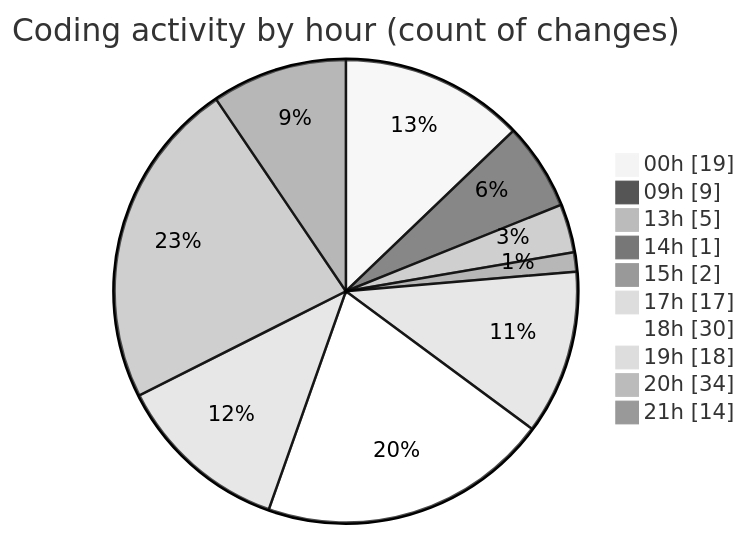
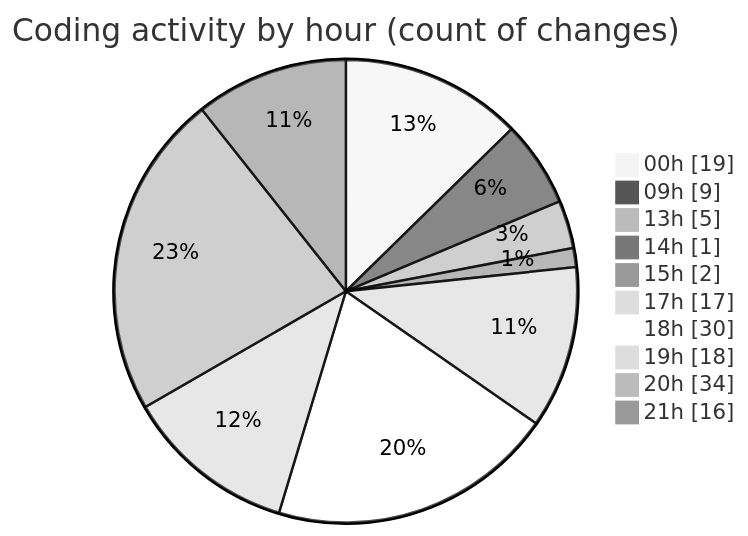
The second of 2 diagrams in 2025-08-12/ribbon/README.md (EIIisD/code-tracking), drawn with Mermaid (neutral theme) before and after one commit. The commit also changed other lines of this file and 1 other file, not shown here.

````diff
--- a/2025-08-12/ribbon/README.md
+++ b/2025-08-12/ribbon/README.md
@@ -54,14 +54,14 @@
 ```mermaid
 pie showData
 title Coding activity by hour (count of changes)
 "00h" : 19
 "09h" : 9
 "13h" : 5
 "14h" : 1
 "15h" : 2
 "17h" : 17
 "18h" : 30
 "19h" : 18
 "20h" : 34
-"21h" : 14
+"21h" : 16
 ```
````
